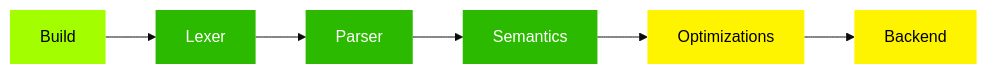
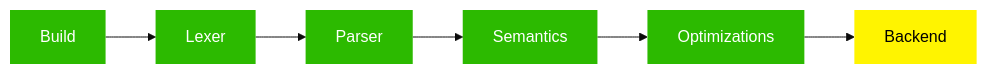
Before and after one commit to renatopp/golden-lang: the diagram in README.md, drawn with Mermaid (base theme). The commit also changed other lines of this file and 3 other files, not shown here.

````diff
--- a/README.md
+++ b/README.md
@@ -26,21 +26,21 @@
 ```mermaid
 flowchart LR
 
 classDef notstarted fill:#F05D5E,color:black,stroke-width:0
 classDef temporary fill:#ffa700,color:black,stroke-width:0
 classDef experiment fill:#fff400,color:black,stroke-width:0
 classDef partial fill:#a3ff00,color:black,stroke-width:0
 classDef stable fill:#2cba00,color:white,stroke-width:0
 
-build[Build]:::partial
+build[Build]:::stable
 lexer[Lexer]:::stable
 parser[Parser]:::stable
 semantic[Semantics]:::stable
-opt[Optimizations]:::experiment
+opt[Optimizations]:::stable
 backend[Backend]:::experiment
 
 build --> lexer
 lexer --> parser
 parser --> semantic
 semantic --> opt --> backend
 ```
````
